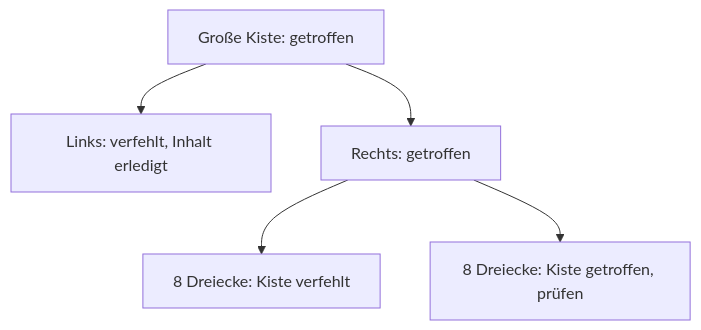
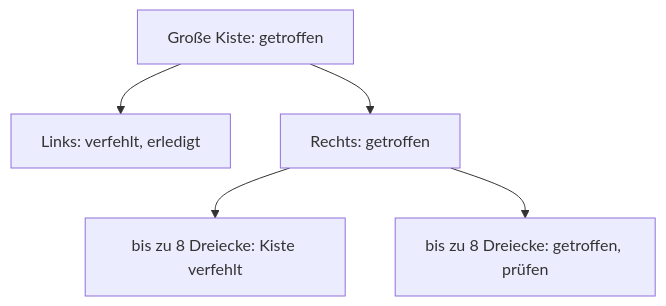
One commit to ChristianHohlfeld/kernengine.de changed the first of 3 diagrams in kern/docs/buch-gelb/05-szene-und-geometrie.md. Above: the diagram before and after it, drawn with Mermaid. The commit also changed other lines of this file and 7 other files, not shown here.

````diff
--- a/kern/docs/buch-gelb/05-szene-und-geometrie.md
+++ b/kern/docs/buch-gelb/05-szene-und-geometrie.md
@@ -100,7 +121,7 @@
 ```mermaid
 flowchart TD
-  A["Große Kiste: getroffen"] --> B["Links: verfehlt, Inhalt erledigt"]
+  A["Große Kiste: getroffen"] --> B["Links: verfehlt, erledigt"]
   A --> C["Rechts: getroffen"]
-  C --> D["8 Dreiecke: Kiste verfehlt"]
-  C --> E["8 Dreiecke: Kiste getroffen, prüfen"]
+  C --> D["bis zu 8 Dreiecke: Kiste verfehlt"]
+  C --> E["bis zu 8 Dreiecke: getroffen, prüfen"]
 ```
````
